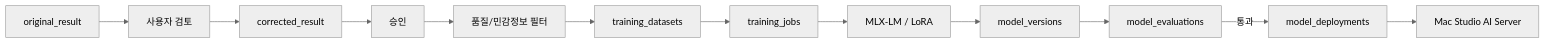
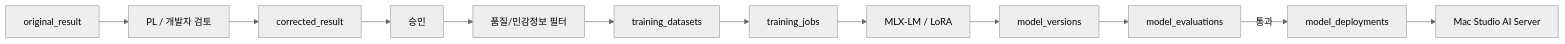
One commit to KimAgHuge/hackathon-ai changed diagram 12 of 12 in docs/02_시스템_아키텍처.md. Above: the diagram before and after it, drawn with Mermaid (neutral theme). The commit also changed other lines of this file and 3 other files, not shown here.

````diff
--- a/docs/02_시스템_아키텍처.md
+++ b/docs/02_시스템_아키텍처.md
@@ -545,14 +622,14 @@
 ```mermaid
 flowchart LR
-    ORIGINAL["original_result"] --> REVIEW["사용자 검토"]
+    ORIGINAL["original_result"] --> REVIEW["PL / 개발자 검토"]
     REVIEW --> CORRECTED["corrected_result"]
     CORRECTED --> APPROVE["승인"]
     APPROVE --> FILTER["품질/민감정보 필터"]
     FILTER --> DATASET["training_datasets"]
     DATASET --> JOB["training_jobs"]
     JOB --> LORA["MLX-LM / LoRA"]
     LORA --> VERSION["model_versions"]
     VERSION --> EVAL["model_evaluations"]
     EVAL -->|통과| DEPLOY["model_deployments"]
     DEPLOY --> AI["Mac Studio AI Server"]
 ```
````
